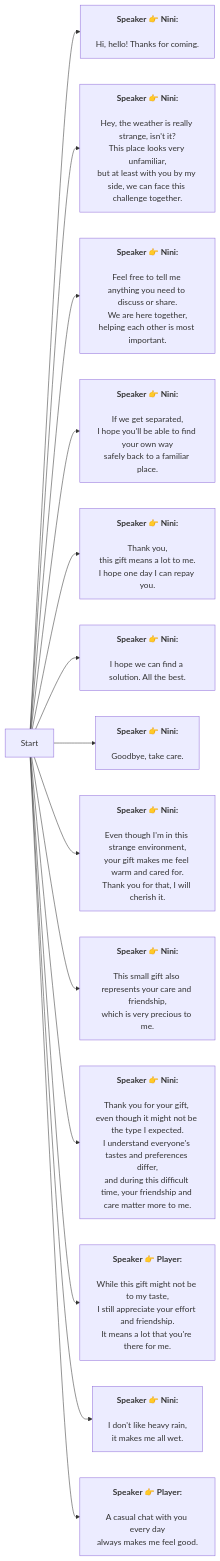
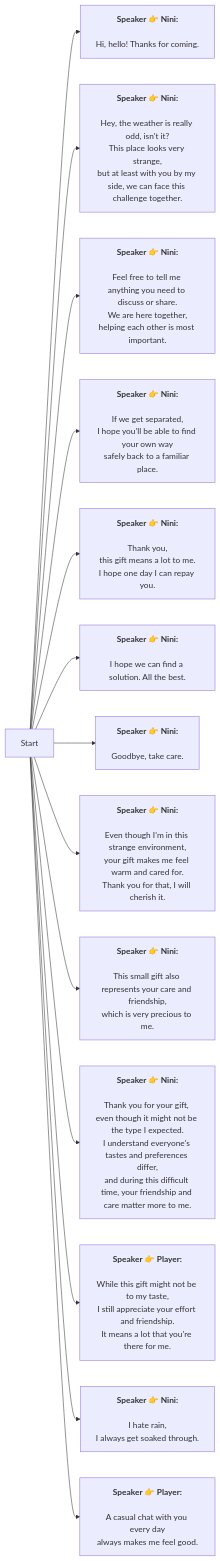
One commit to SoftHu/tos_avg changed the diagram in En/NiNi.md. Above: the diagram before and after it, drawn with Mermaid. The commit also changed 297 other files, not shown here.

````diff
--- a/En/NiNi.md
+++ b/En/NiNi.md
@@ -1,60 +1,60 @@
 ```mermaid
 graph LR
 Start -->1734730740230258[<b>Speaker 👉 Nini:</b>
 
 Hi, hello! Thanks for coming.]
 Start -->1734730744063091[<b>Speaker 👉 Nini:</b>
 
-Hey, the weather is really strange, isn't it?
-This place looks very unfamiliar,
+Hey, the weather is really odd, isn't it?
+This place looks very strange,
 but at least with you by my side, we can face this challenge together.]
 Start -->1734730747935860[<b>Speaker 👉 Nini:</b>
 
 Feel free to tell me anything you need to discuss or share.
 We are here together,
 helping each other is most important.]
 Start -->1734731567891567[<b>Speaker 👉 Nini:</b>
 
 If we get separated,
 I hope you'll be able to find your own way
 safely back to a familiar place.]
 Start -->1734731733276786[<b>Speaker 👉 Nini:</b>
 
 Thank you,
 this gift means a lot to me.
 I hope one day I can repay you.]
 Start -->1734731595610224[<b>Speaker 👉 Nini:</b>
 
 I hope we can find a solution. All the best.]
 Start -->1734731600038001[<b>Speaker 👉 Nini:</b>
 
 Goodbye, take care.]
 Start -->1734732020340855[<b>Speaker 👉 Nini:</b>
 
 Even though I'm in this strange environment,
 your gift makes me feel warm and cared for.
 Thank you for that, I will cherish it.]
 Start -->1734732140215416[<b>Speaker 👉 Nini:</b>
 
 This small gift also represents your care and friendship,
 which is very precious to me.]
 Start -->1734732145267833[<b>Speaker 👉 Nini:</b>
 
 Thank you for your gift, even though it might not be the type I expected.
 I understand everyone's tastes and preferences differ,
 and during this difficult time, your friendship and care matter more to me.]
 Start -->1734732156119162[<b>Speaker 👉 Player:</b>
 
 While this gift might not be to my taste,
 I still appreciate your effort and friendship.
 It means a lot that you're there for me.]
 Start -->1734733236163709[<b>Speaker 👉 Nini:</b>
 
-I don't like heavy rain,
-it makes me all wet.]
+I hate rain, 
+I always get soaked through.]
 Start -->1734733242721406[<b>Speaker 👉 Player:</b>
 
 A casual chat with you every day
 always makes me feel good.]
 
  ```
````
